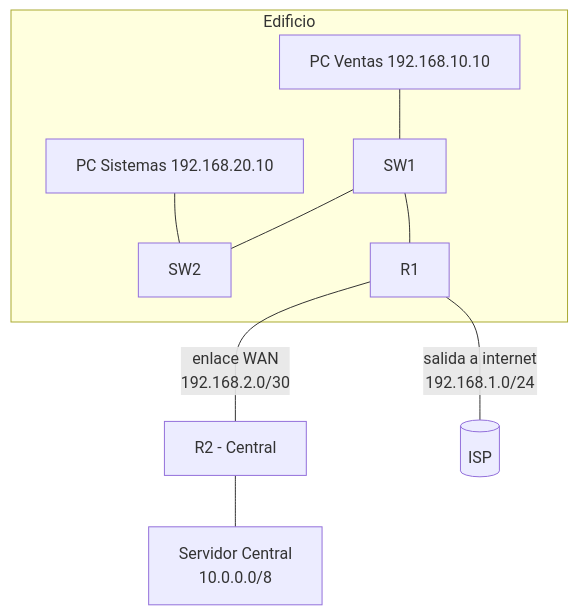
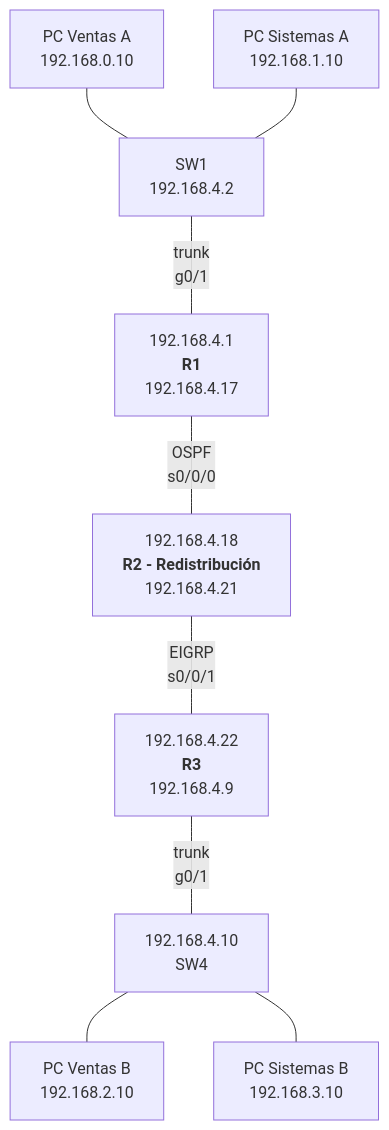
The diagram in src/content/docs/04-routing-protocols/exercise.md (fuis18/ccna-net), drawn with Mermaid before and after one commit. The commit also changed other lines of this file and 11 other files, not shown here.

````diff
--- a/src/content/docs/04-routing-protocols/exercise.md
+++ b/src/content/docs/04-routing-protocols/exercise.md
@@ -12,12 +6,14 @@
 ```mermaid
-graph TB
-    subgraph Edificio
-        SW1[SW1] --- SW2[SW2]
-        SW1 --- R1[R1]
-        V[PC Ventas 192.168.10.10] --- SW1
-        S[PC Sistemas 192.168.20.10] --- SW2
-    end
-    R1[R1] ---|"enlace WAN<br/>192.168.2.0/30"| R2[R2 - Central]
-    R2 --- C[Servidor Central<br/>10.0.0.0/8]
-    R1 ---|"salida a internet<br/>192.168.1.0/24"| ISP[(ISP)]
+graph TD
+    PCV1[PC Ventas A<br/>192.168.0.10] --- SW1
+    PCS1[PC Sistemas A<br/>192.168.1.10] --- SW1
+    SW1[SW1<br/>192.168.4.2] ---|trunk<br/>g0/1| R1[192.168.4.1<br/><b>R1</b><br/>192.168.4.17]
+
+
+    R1 ---|"OSPF<br/>s0/0/0"| R2[192.168.4.18<br/><b>R2 - Redistribución</b><br/>192.168.4.21]
+    R2 ---|"EIGRP<br/>s0/0/1"| R3[192.168.4.22<br/><b>R3</b><br/>192.168.4.9]
+
+    R3 ---|trunk<br/>g0/1| SW4[192.168.4.10<br/>SW4]
+    SW4 --- PCV2[PC Ventas B<br/>192.168.2.10]
+    SW4 --- PCS2[PC Sistemas B<br/>192.168.3.10]
 ```
````
